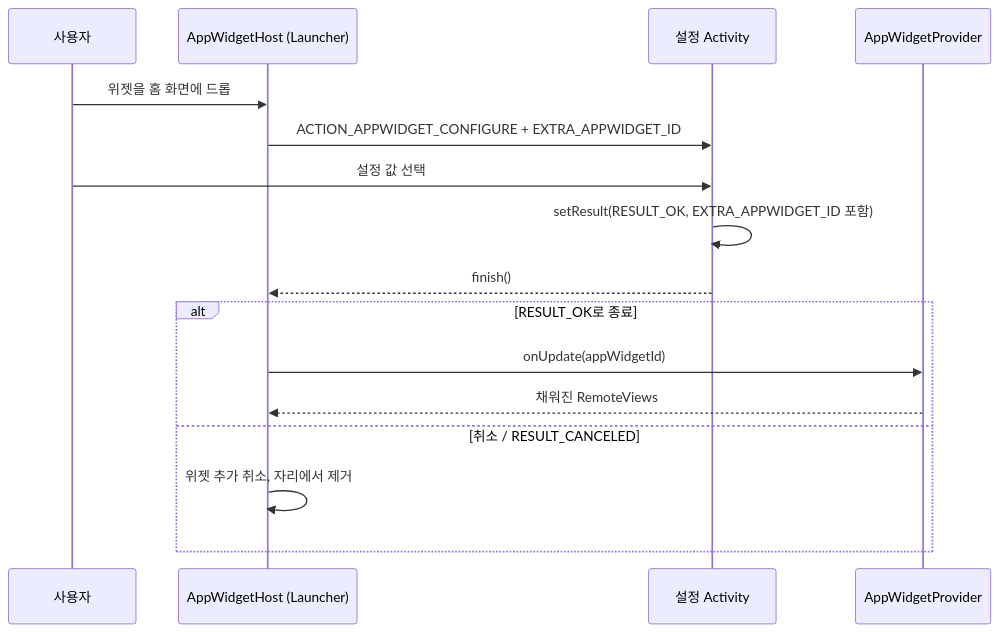
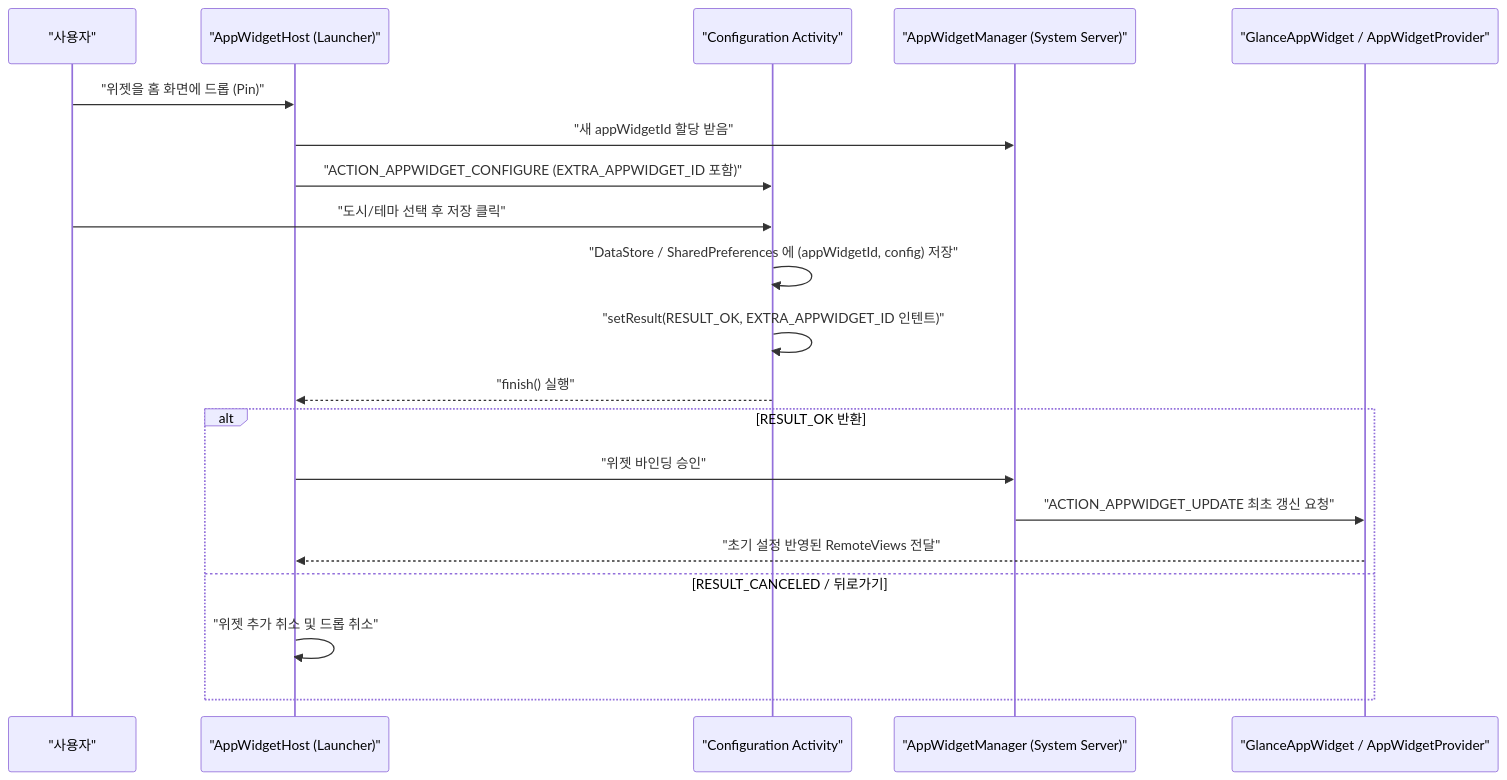
The diagram in 01_inbox/mobile/android/02_app_framework/app-widgets/app-widget-contracts/widget-configuration-activity-runs-once-at-pin-time.md (youngmin-gwon/what-i-studied), drawn with Mermaid before and after one commit. The commit also changed other lines of this file and 107 other files, not shown here.

````diff
--- a/01_inbox/mobile/android/02_app_framework/app-widgets/app-widget-contracts/widget-configuration-activity-runs-once-at-pin-time.md
+++ b/01_inbox/mobile/android/02_app_framework/app-widgets/app-widget-contracts/widget-configuration-activity-runs-once-at-pin-time.md
@@ -20,19 +36,23 @@
 ```mermaid
 sequenceDiagram
-    participant User as 사용자
-    participant Host as AppWidgetHost (Launcher)
-    participant Config as 설정 Activity
-    participant Provider as AppWidgetProvider
+    participant User as "사용자"
+    participant Host as "AppWidgetHost (Launcher)"
+    participant Config as "Configuration Activity"
+    participant AWM as "AppWidgetManager (System Server)"
+    participant Provider as "GlanceAppWidget / AppWidgetProvider"
 
-    User->>Host: 위젯을 홈 화면에 드롭
-    Host->>Config: ACTION_APPWIDGET_CONFIGURE + EXTRA_APPWIDGET_ID
-    User->>Config: 설정 값 선택
-    Config->>Config: setResult(RESULT_OK, EXTRA_APPWIDGET_ID 포함)
-    Config-->>Host: finish()
-    alt RESULT_OK로 종료
-        Host->>Provider: onUpdate(appWidgetId)
-        Provider-->>Host: 채워진 RemoteViews
-    else 취소 / RESULT_CANCELED
-        Host->>Host: 위젯 추가 취소, 자리에서 제거
+    User->>Host: "위젯을 홈 화면에 드롭 (Pin)"
+    Host->>AWM: "새 appWidgetId 할당 받음"
+    Host->>Config: "ACTION_APPWIDGET_CONFIGURE (EXTRA_APPWIDGET_ID 포함)"
+    User->>Config: "도시/테마 선택 후 저장 클릭"
+    Config->>Config: "DataStore / SharedPreferences 에 (appWidgetId, config) 저장"
+    Config->>Config: "setResult(RESULT_OK, EXTRA_APPWIDGET_ID 인텐트)"
+    Config-->>Host: "finish() 실행"
+    alt RESULT_OK 반환
+        Host->>AWM: "위젯 바인딩 승인"
+        AWM->>Provider: "ACTION_APPWIDGET_UPDATE 최초 갱신 요청"
+        Provider-->>Host: "초기 설정 반영된 RemoteViews 전달"
+    else RESULT_CANCELED / 뒤로가기
+        Host->>Host: "위젯 추가 취소 및 드롭 취소"
     end
 ```
````
